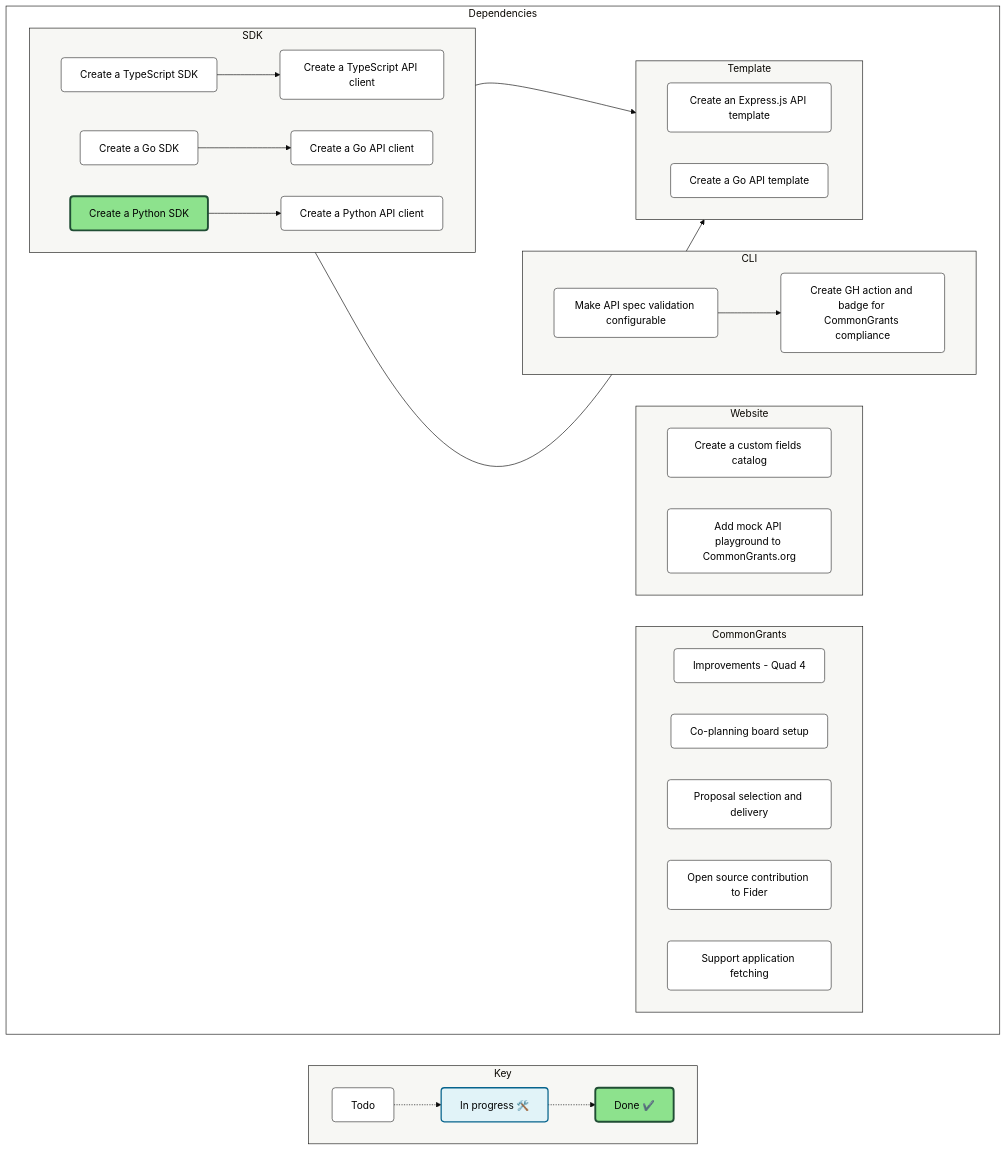
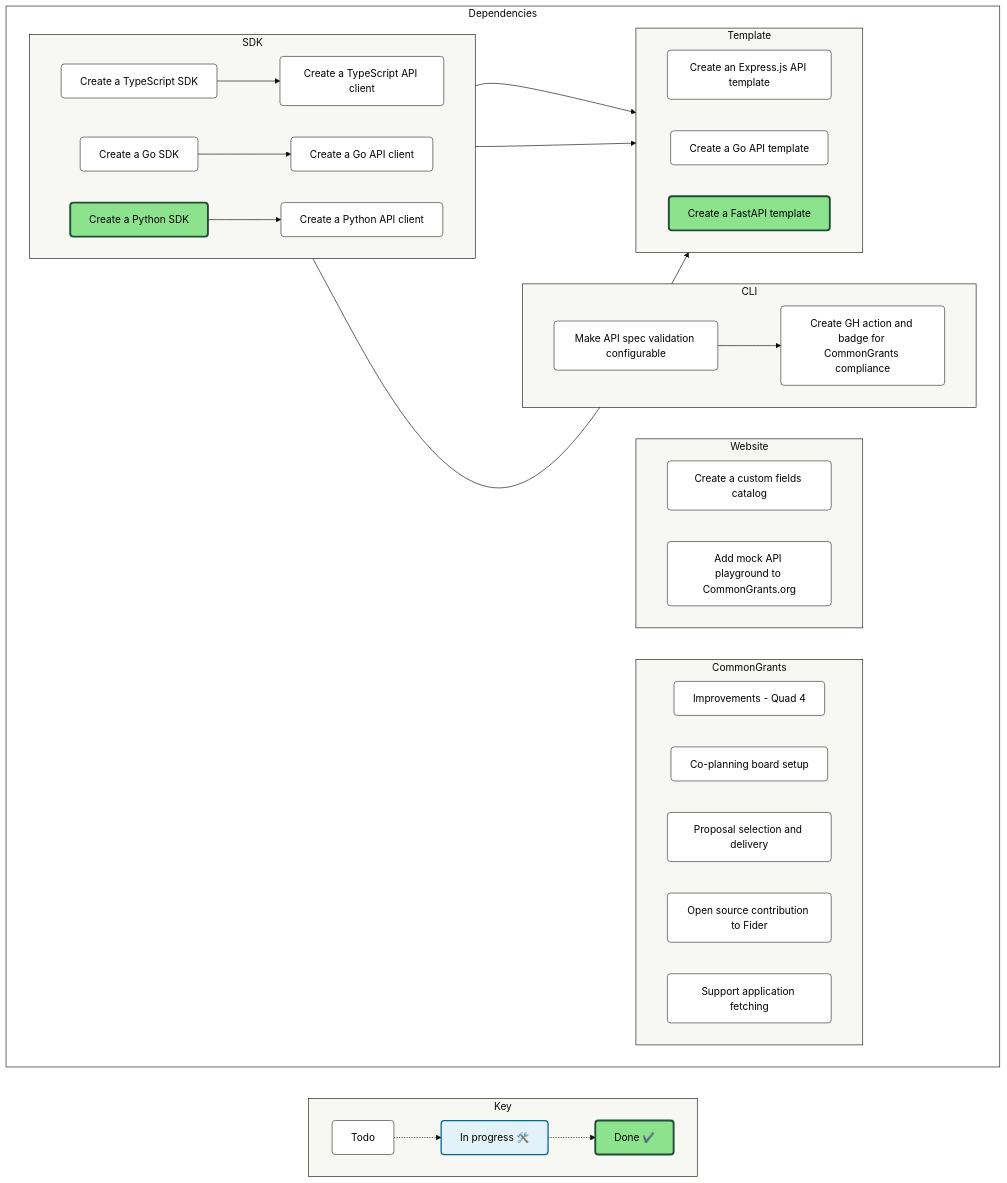
The diagram in README.md (HHS/simpler-grants-protocol), drawn with Mermaid (base theme) before and after one commit.

Commit message:
docs: Adds latest dependencies

```diff
--- a/README.md
+++ b/README.md
@@ -115,6 +115,7 @@
     direction LR
         HHS/simpler-grants-protocol#332["Create an Express.js API template"]
         HHS/simpler-grants-protocol#333["Create a Go API template"]
+        HHS/simpler-grants-protocol#343["Create a FastAPI template"]:::Done
     end
 
 
@@ -126,6 +127,7 @@
     HHS/simpler-grants-protocol#323 --> HHS/simpler-grants-protocol#333
     HHS/simpler-grants-protocol#323 --> HHS/simpler-grants-protocol#329
     HHS/simpler-grants-protocol#331 --> HHS/simpler-grants-protocol#335
+    HHS/simpler-grants-protocol#342 --> HHS/simpler-grants-protocol#343
     HHS/simpler-grants-protocol#342 --> HHS/simpler-grants-protocol#324
 
   end
```
